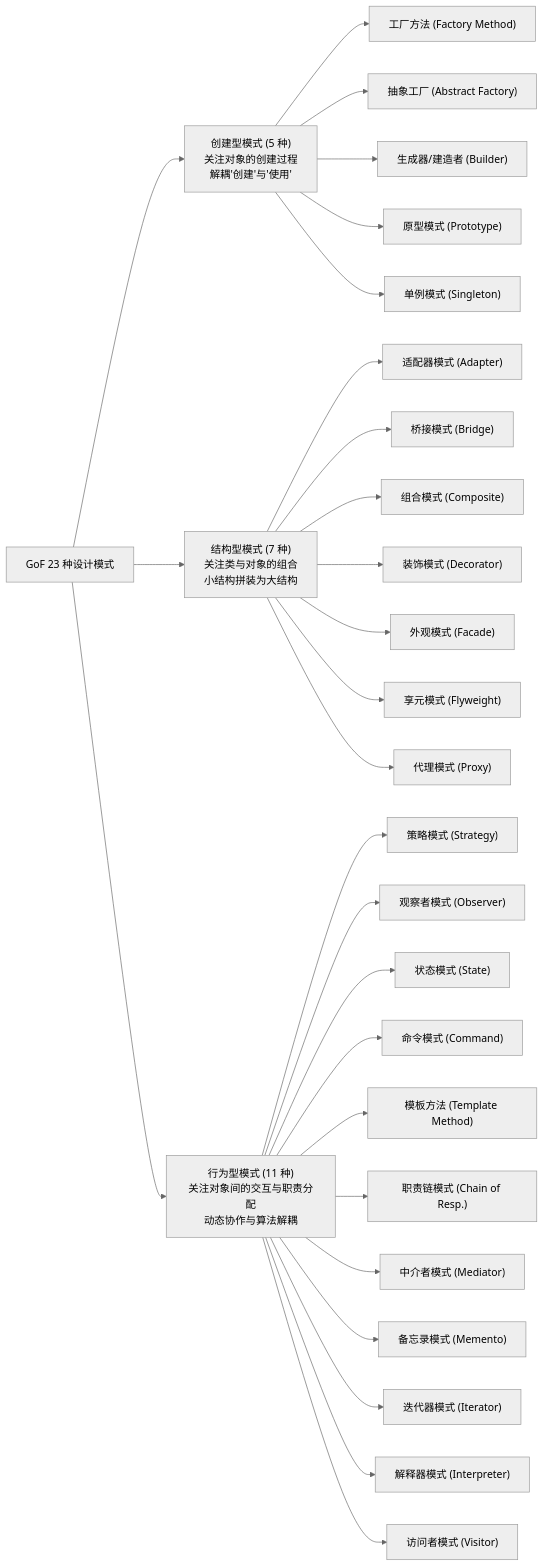
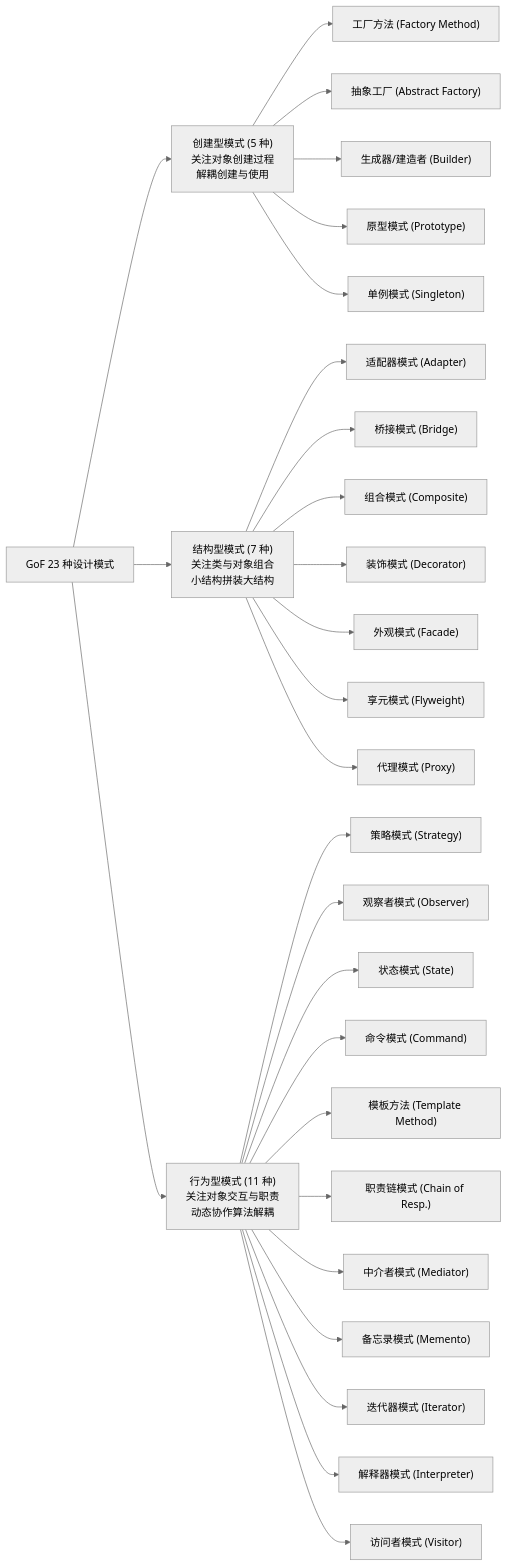
One commit to cpsa3/software-designer-fast-pass changed the first of 20 diagrams in 02-visual-diagrams/03-设计模式核心图谱与真题命题密码.md. Above: the diagram before and after it, drawn with Mermaid (neutral theme). The commit also changed other lines of this file, not shown here.

````diff
--- a/02-visual-diagrams/03-设计模式核心图谱与真题命题密码.md
+++ b/02-visual-diagrams/03-设计模式核心图谱与真题命题密码.md
@@ -30,38 +28,38 @@
 ```mermaid
 flowchart LR
     Root["GoF 23 种设计模式"] --> Creational["创建型模式 (5 种)
-关注对象的创建过程
-解耦'创建'与'使用'"]
+关注对象创建过程
+解耦创建与使用"]
     Root --> Structural["结构型模式 (7 种)
-关注类与对象的组合
-小结构拼装为大结构"]
+关注类与对象组合
+小结构拼装大结构"]
     Root --> Behavioral["行为型模式 (11 种)
-关注对象间的交互与职责分配
-动态协作与算法解耦"]
+关注对象交互与职责
+动态协作算法解耦"]
 
     Creational --> C1["工厂方法 (Factory Method)"]
     Creational --> C2["抽象工厂 (Abstract Factory)"]
     Creational --> C3["生成器/建造者 (Builder)"]
     Creational --> C4["原型模式 (Prototype)"]
     Creational --> C5["单例模式 (Singleton)"]
 
     Structural --> S1["适配器模式 (Adapter)"]
     Structural --> S2["桥接模式 (Bridge)"]
     Structural --> S3["组合模式 (Composite)"]
     Structural --> S4["装饰模式 (Decorator)"]
     Structural --> S5["外观模式 (Facade)"]
     Structural --> S6["享元模式 (Flyweight)"]
     Structural --> S7["代理模式 (Proxy)"]
 
     Behavioral --> B1["策略模式 (Strategy)"]
     Behavioral --> B2["观察者模式 (Observer)"]
     Behavioral --> B3["状态模式 (State)"]
     Behavioral --> B4["命令模式 (Command)"]
     Behavioral --> B5["模板方法 (Template Method)"]
     Behavioral --> B6["职责链模式 (Chain of Resp.)"]
     Behavioral --> B7["中介者模式 (Mediator)"]
     Behavioral --> B8["备忘录模式 (Memento)"]
     Behavioral --> B9["迭代器模式 (Iterator)"]
     Behavioral --> B10["解释器模式 (Interpreter)"]
     Behavioral --> B11["访问者模式 (Visitor)"]
 ```
````
